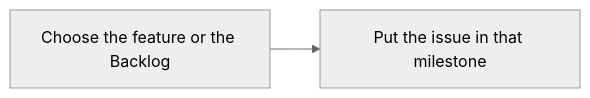
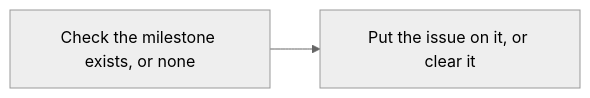
The sixth of 6 diagrams in skills/workflow-health/references/commands.md (jcl2018/agent-workflow-template), drawn with Mermaid (neutral theme) before and after one commit. The commit also changed other lines of this file and 21 other files, not shown here.

````diff
--- a/skills/workflow-health/references/commands.md
+++ b/skills/workflow-health/references/commands.md
@@ -271,6 +283,6 @@
 ```mermaid
 flowchart LR
-  a["Choose the feature or the Backlog"]
-  b["Put the issue in that milestone"]
+  a["Check the milestone exists, or none"]
+  b["Put the issue on it, or clear it"]
   a --> b
 ```
````
